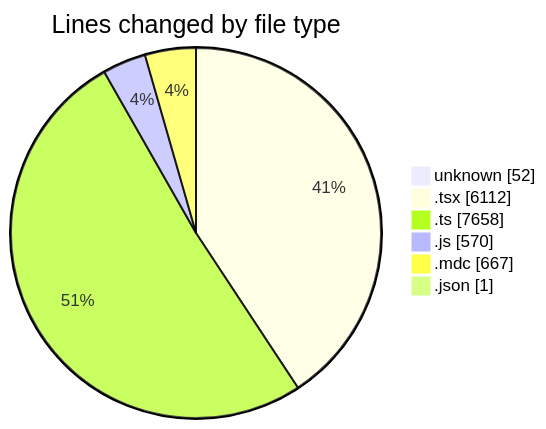
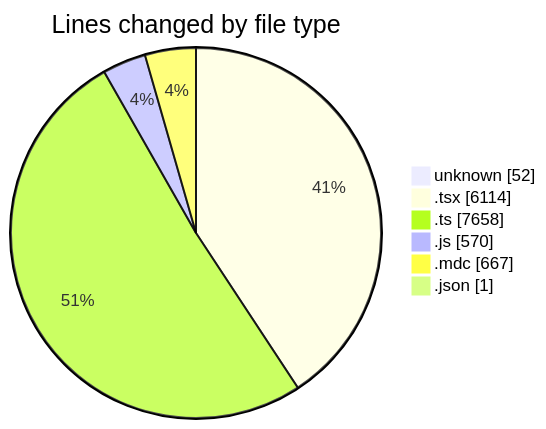
Before and after one commit to CELIANVF/code-tracking: the first of 2 diagrams in 2025-06-02/ecodeli-1/README.md, drawn with Mermaid. The commit also changed other lines of this file and 1 other file, not shown here.

````diff
--- a/2025-06-02/ecodeli-1/README.md
+++ b/2025-06-02/ecodeli-1/README.md
@@ -70,10 +70,10 @@
 ```mermaid
 pie showData
 title Lines changed by file type
 "unknown" : 52
-".tsx" : 6112
+".tsx" : 6114
 ".ts" : 7658
 ".js" : 570
 ".mdc" : 667
 ".json" : 1
 ```
````
